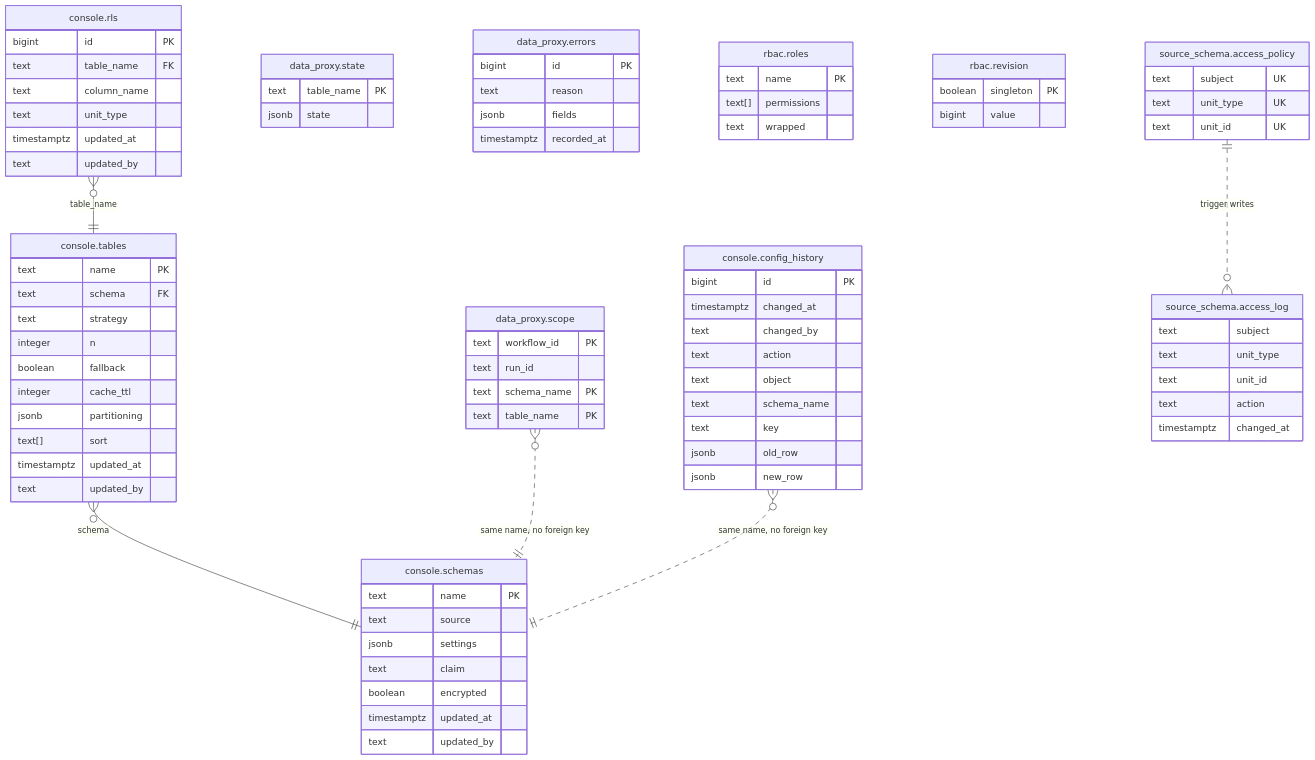
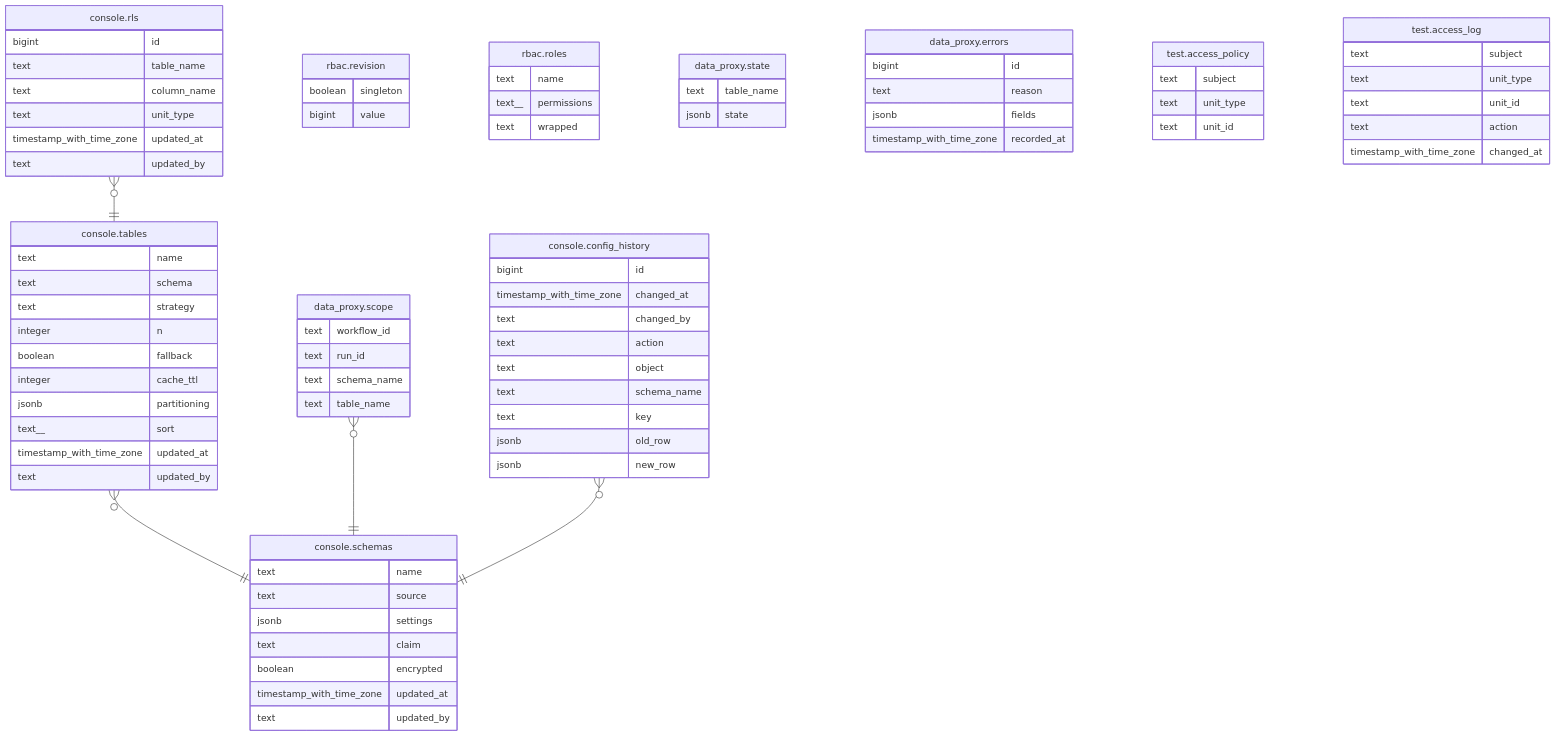
Before and after one commit to prefeitura-rio/data-proxy: the second of 4 diagrams in docs/model.md, drawn with Mermaid. The commit also changed other lines of this file and 67 other files, not shown here.

Commit message:
docs: generate the data model diagrams and tidy the wiki

````diff
--- a/docs/model.md
+++ b/docs/model.md
@@ -218,86 +282,87 @@
 ```mermaid
 %% Application database tables
 erDiagram
-  console_schemas["console.schemas"] {
-    text name PK
-    text source
-    jsonb settings
-    text claim
-    boolean encrypted
-    timestamptz updated_at
-    text updated_by
-  }
-  console_tables["console.tables"] {
-    text name PK
-    text schema FK
-    text strategy
-    integer n
-    boolean fallback
-    integer cache_ttl
-    jsonb partitioning
-    text[] sort
-    timestamptz updated_at
-    text updated_by
-  }
-  console_rls["console.rls"] {
-    bigint id PK
-    text table_name FK
-    text column_name
-    text unit_type
-    timestamptz updated_at
-    text updated_by
-  }
-  console_config_history["console.config_history"] {
-    bigint id PK
-    timestamptz changed_at
-    text changed_by
-    text action
-    text object
-    text schema_name
-    text key
-    jsonb old_row
-    jsonb new_row
-  }
-  data_proxy_state["data_proxy.state"] {
-    text table_name PK
-    jsonb state
-  }
-  data_proxy_errors["data_proxy.errors"] {
-    bigint id PK
-    text reason
-    jsonb fields
-    timestamptz recorded_at
-  }
-  data_proxy_scope["data_proxy.scope"] {
-    text workflow_id PK
-    text run_id
-    text schema_name PK
-    text table_name PK
-  }
-  rbac_roles["rbac.roles"] {
-    text name PK
-    text[] permissions
-    text wrapped
-  }
-  rbac_revision["rbac.revision"] {
-    boolean singleton PK
-    bigint value
-  }
-  source_schema_access_policy["source_schema.access_policy"] {
-    text subject UK
-    text unit_type UK
-    text unit_id UK
-  }
-  source_schema_access_log["source_schema.access_log"] {
-    text subject
-    text unit_type
-    text unit_id
-    text action
-    timestamptz changed_at
-  }
-  console_tables }o--|| console_schemas : "schema"
-  console_rls }o--|| console_tables : "table_name"
-  data_proxy_scope }o..|| console_schemas : "same name, no foreign key"
-  console_config_history }o..|| console_schemas : "same name, no foreign key"
-  source_schema_access_policy ||..o{ source_schema_access_log : "trigger writes"
+
+"console.tables" }o--|| "console.schemas" : ""
+"console.rls" }o--|| "console.tables" : ""
+"data_proxy.scope" }o--|| "console.schemas" : ""
+"console.config_history" }o--|| "console.schemas" : ""
+
+"rbac.revision" {
+  boolean singleton
+  bigint value
+}
+"rbac.roles" {
+  text name
+  text__ permissions
+  text wrapped
+}
+"data_proxy.state" {
+  text table_name
+  jsonb state
+}
+"data_proxy.errors" {
+  bigint id
+  text reason
+  jsonb fields
+  timestamp_with_time_zone recorded_at
+}
+"data_proxy.scope" {
+  text workflow_id
+  text run_id
+  text schema_name
+  text table_name
+}
+"console.schemas" {
+  text name
+  text source
+  jsonb settings
+  text claim
+  boolean encrypted
+  timestamp_with_time_zone updated_at
+  text updated_by
+}
+"console.tables" {
+  text name
+  text schema
+  text strategy
+  integer n
+  boolean fallback
+  integer cache_ttl
+  jsonb partitioning
+  text__ sort
+  timestamp_with_time_zone updated_at
+  text updated_by
+}
+"console.rls" {
+  bigint id
+  text table_name
+  text column_name
+  text unit_type
+  timestamp_with_time_zone updated_at
+  text updated_by
+}
+"console.config_history" {
+  bigint id
+  timestamp_with_time_zone changed_at
+  text changed_by
+  text action
+  text object
+  text schema_name
+  text key
+  jsonb old_row
+  jsonb new_row
+}
+"test.access_policy" {
+  text subject
+  text unit_type
+  text unit_id
+}
+"test.access_log" {
+  text subject
+  text unit_type
+  text unit_id
+  text action
+  timestamp_with_time_zone changed_at
+}
 ```
````
